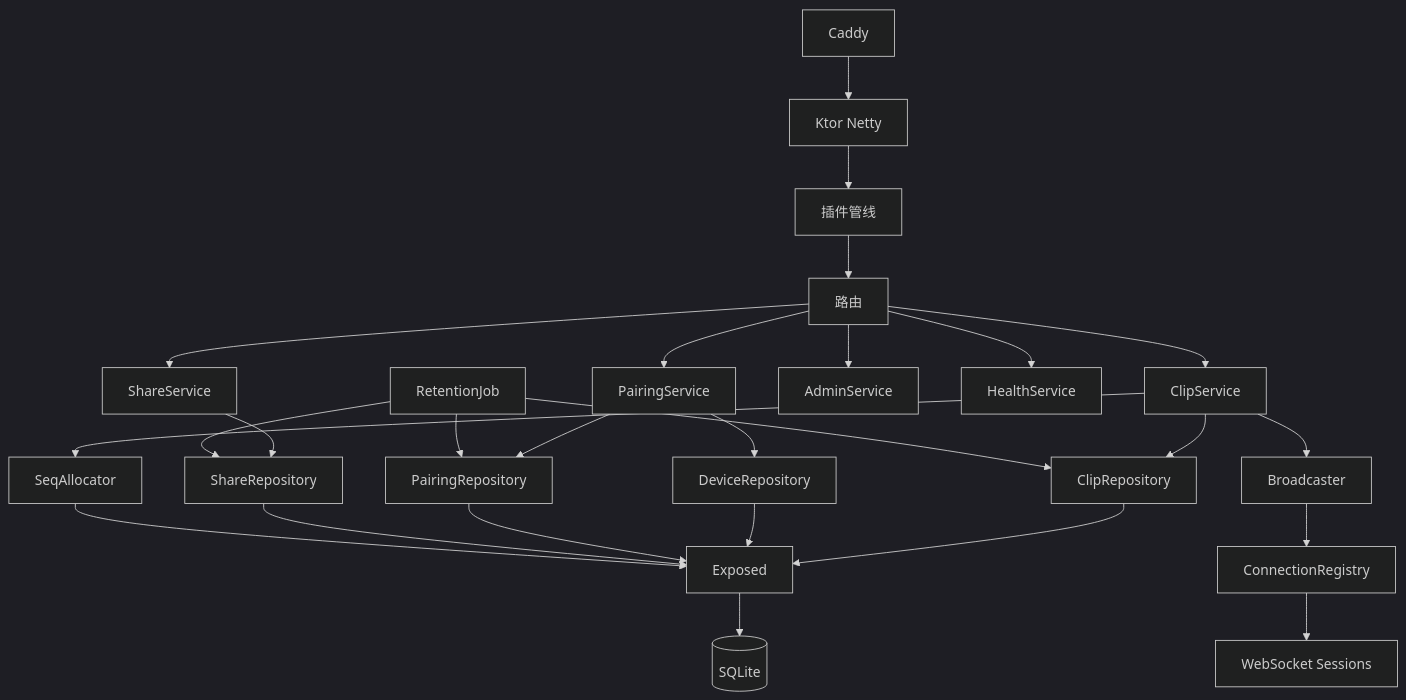
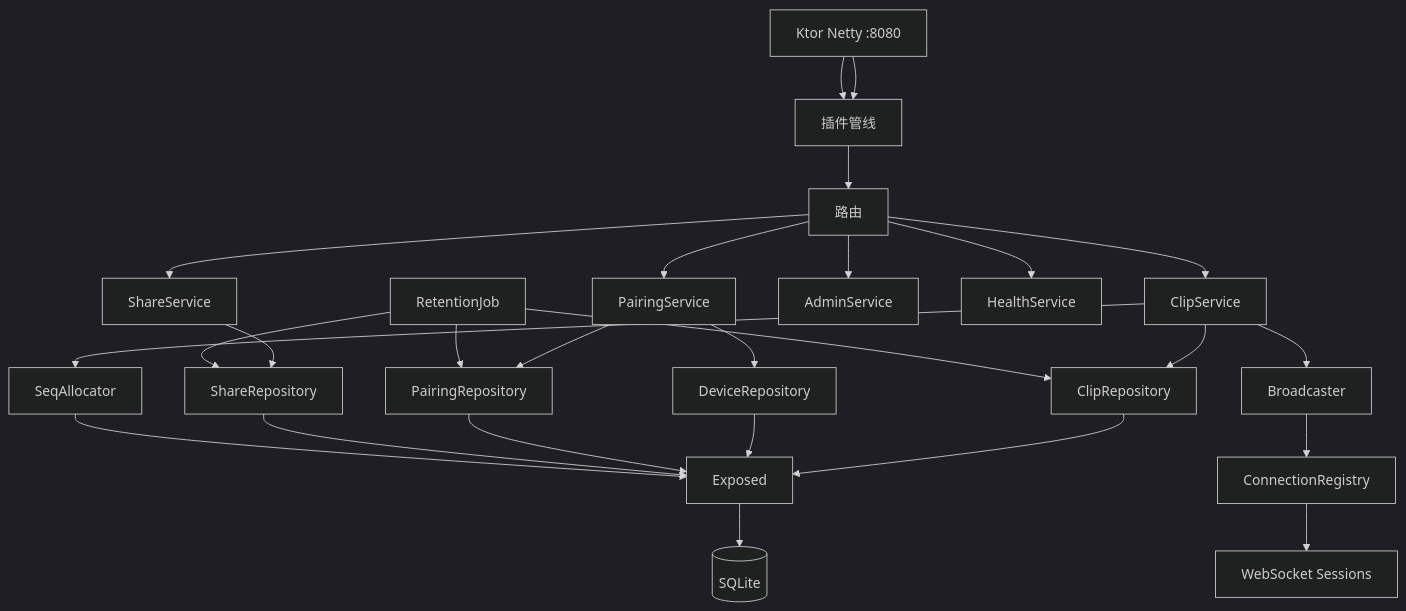
Before and after one commit to xingfengwxx/Clipbox: the second of 8 diagrams in docs/服务端技术架构.md, drawn with Mermaid (dark theme). The commit also changed other lines of this file and 15 other files, not shown here.

````diff
--- a/docs/服务端技术架构.md
+++ b/docs/服务端技术架构.md
@@ -60,28 +61,28 @@
 ```mermaid
 flowchart TB
-    Caddy[Caddy] --> Netty[Ktor Netty]
+    Netty[Ktor Netty :8080] --> Plugins[插件管线]
     Netty --> Plugins[插件管线]
     Plugins --> Routes[路由]
     Routes --> Pair[PairingService]
     Routes --> Clips[ClipService]
     Routes --> Shares[ShareService]
     Routes --> Admin[AdminService]
     Routes --> Health[HealthService]
     Clips --> ClipRepo[ClipRepository]
     Pair --> DeviceRepo[DeviceRepository]
     Pair --> PairingRepo[PairingRepository]
     Shares --> ShareRepo[ShareRepository]
     Clips --> Seq[SeqAllocator]
     ClipRepo --> Exposed[Exposed]
     DeviceRepo --> Exposed
     PairingRepo --> Exposed
     ShareRepo --> Exposed
     Seq --> Exposed
     Exposed --> SQLite[(SQLite)]
     Clips --> Broadcaster[Broadcaster]
     Broadcaster --> Registry[ConnectionRegistry]
     Registry --> WS[WebSocket Sessions]
     Cleanup[RetentionJob] --> ClipRepo
     Cleanup --> ShareRepo
     Cleanup --> PairingRepo
 ```
````
